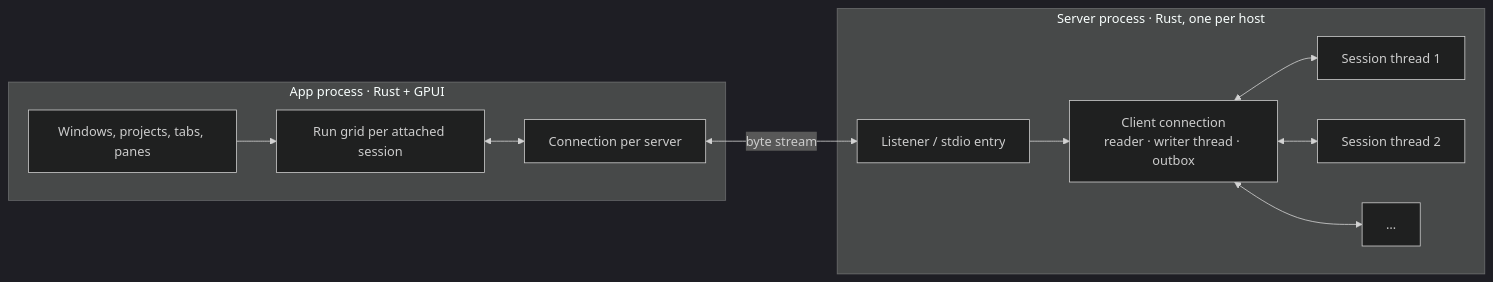
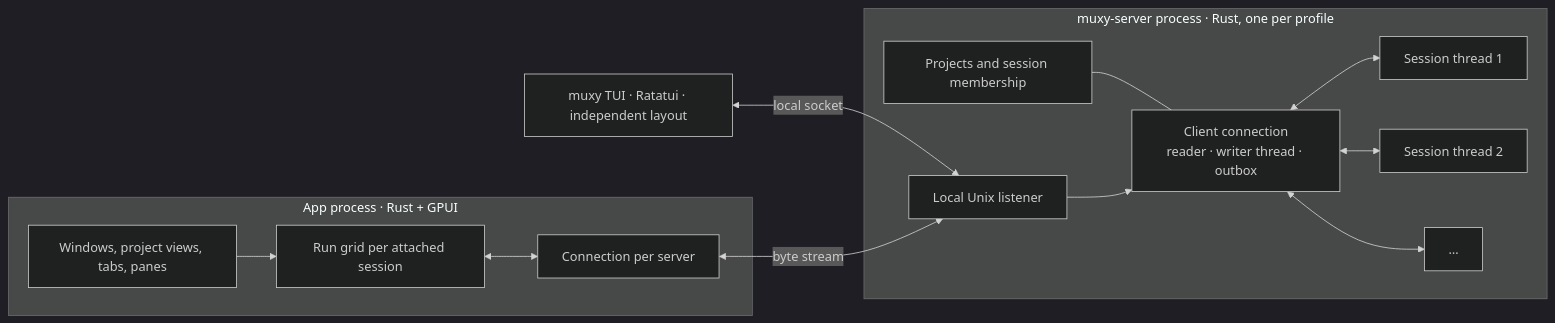
The first of 4 diagrams in docs/tech/architecture.md (guppylab/muxy), drawn with Mermaid (dark theme) before and after one commit. The commit also changed other lines of this file and 196 other files, not shown here.

Commit message:
Verify final-connected-tab session closure across desktop and TUI

````diff
--- a/docs/tech/architecture.md
+++ b/docs/tech/architecture.md
@@ -8,22 +8,25 @@
 ```mermaid
 flowchart LR
     subgraph APP["App process · Rust + GPUI"]
-        UI["Windows, projects, tabs, panes"]
+        UI["Windows, project views, tabs, panes"]
         GRID["Run grid per attached session"]
         CONN["Connection per server"]
     end
-    subgraph SERVER["Server process · Rust, one per host"]
-        ACCEPT["Listener / stdio entry"]
+    subgraph SERVER["muxy-server process · Rust, one per profile"]
+        ACCEPT["Local Unix listener"]
+        CATALOG["Projects and session membership"]
         CLIENT["Client connection<br/>reader · writer thread · outbox"]
         S1["Session thread 1"]
         S2["Session thread 2"]
         SN["…"]
     end
+    TUI["muxy TUI · Ratatui · independent layout"] <-->|"local socket"| ACCEPT
+    CATALOG --- CLIENT
     UI --> GRID
     GRID <--> CONN
     CONN <-->|"byte stream"| ACCEPT
     ACCEPT --> CLIENT
     CLIENT <--> S1
     CLIENT <--> S2
     CLIENT <--> SN
 ```
````
